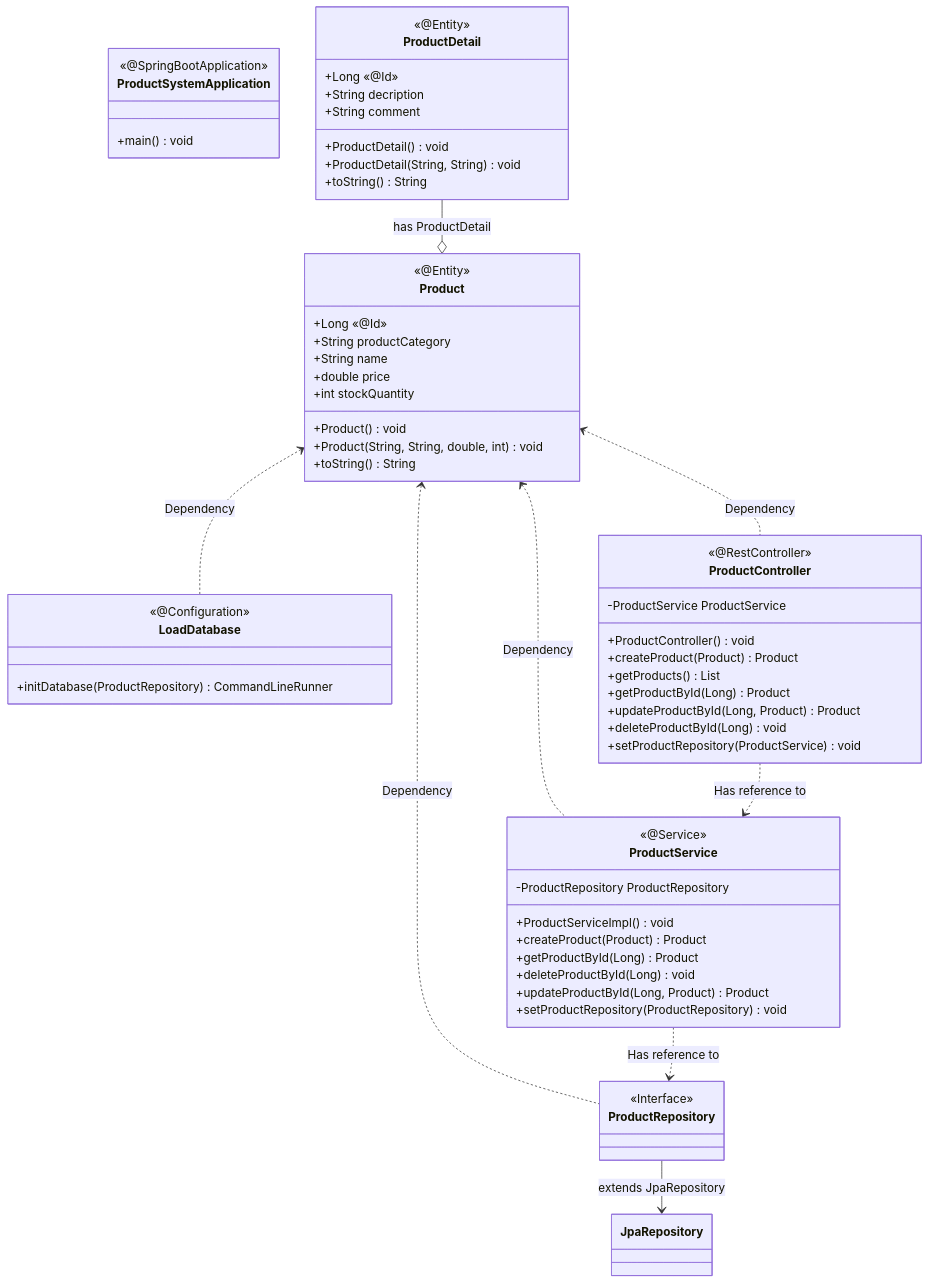
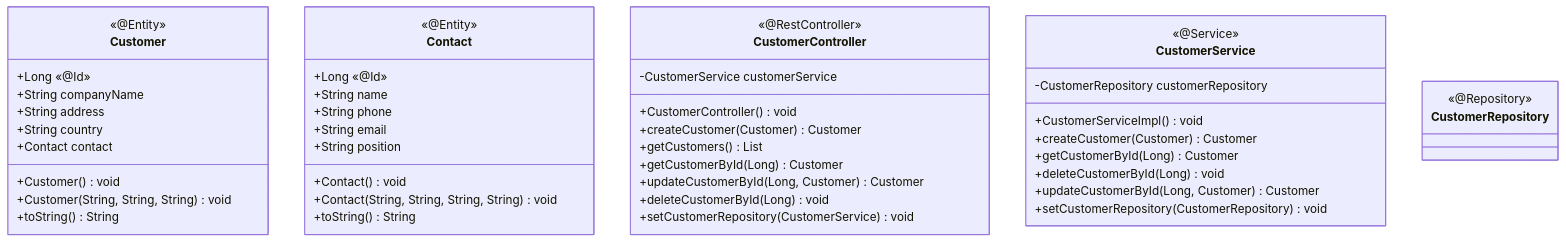
One commit to pauls0/uow-csci318-groupproject changed the fourth of 4 diagrams in README.md. Above: the diagram before and after it, drawn with Mermaid. The commit also changed other lines of this file, not shown here.

````diff
--- a/README.md
+++ b/README.md
@@ -720,63 +684,49 @@
 ```mermaid
 classDiagram
-    class ProductSystemApplication{
-        <<@SpringBootApplication>>
-        +main() void
-    }
-    class LoadDatabase{
-        <<@Configuration>>
-        +initDatabase(ProductRepository) CommandLineRunner
-    }
-    class Product{
+    class Customer{
         <<@Entity>>
         +Long «@Id»
-        +String productCategory
-        +String name
-        +double price
-        +int stockQuantity
-        +Product() void
-        +Product(String, String, double, int) void
+        +String companyName
+        +String address
+        +String country
+        +Contact contact
+        +Customer() void
+        +Customer(String, String, String) void
         +toString() String
     }
-    class ProductDetail{
+    class Contact{
         <<@Entity>>
         +Long «@Id»
-        +String decription
-        +String comment
-        +ProductDetail() void
-        +ProductDetail(String, String) void
+        +String name
+        +String phone
+        +String email
+        +String position
+        +Contact() void
+        +Contact(String, String, String, String) void
         +toString() String
     }
-    class ProductController{
+    class CustomerController{
         <<@RestController>>
-        -ProductService ProductService
-        +ProductController() void
-        +createProduct(Product) Product
-        +getProducts() List<Product>
-        +getProductById(Long) Product
-        +updateProductById(Long, Product) Product
-        +deleteProductById(Long) void
-        +setProductRepository(ProductService) void
+        -CustomerService customerService
+        +CustomerController() void
+        +createCustomer(Customer) Customer
+        +getCustomers() List<Customer>
+        +getCustomerById(Long) Customer
+        +updateCustomerById(Long, Customer) Customer
+        +deleteCustomerById(Long) void
+        +setCustomerRepository(CustomerService) void
     }
-    class ProductService{
+    class CustomerService{
         <<@Service>>
-        -ProductRepository ProductRepository
-        +ProductServiceImpl( ) void
-        +createProduct( Product ) Product
-        +getProductById( Long ) Product
-        +deleteProductById( Long ) void
-        +updateProductById( Long, Product ) Product
-        +setProductRepository( ProductRepository ) void
+        -CustomerRepository customerRepository
+        +CustomerServiceImpl( ) void
+        +createCustomer( Customer ) Customer
+        +getCustomerById( Long ) Customer
+        +deleteCustomerById( Long ) void
+        +updateCustomerById( Long, Customer ) Customer
+        +setCustomerRepository( CustomerRepository ) void
     }
-    class ProductRepository{
-        <<Interface>>
+    class CustomerRepository{
+        <<@Repository>>
     }
-    ProductRepository --> JpaRepository : extends JpaRepository<Product, Long>
-    Product <.. LoadDatabase  : Dependency
-    Product <.. ProductRepository : Dependency
-    Product <.. ProductService : Dependency
-    Product <.. ProductController  : Dependency
-    ProductController ..> ProductService : Has reference to
-    ProductService ..> ProductRepository : Has reference to
-    ProductDetail --o Product : has ProductDetail
 ```
````
